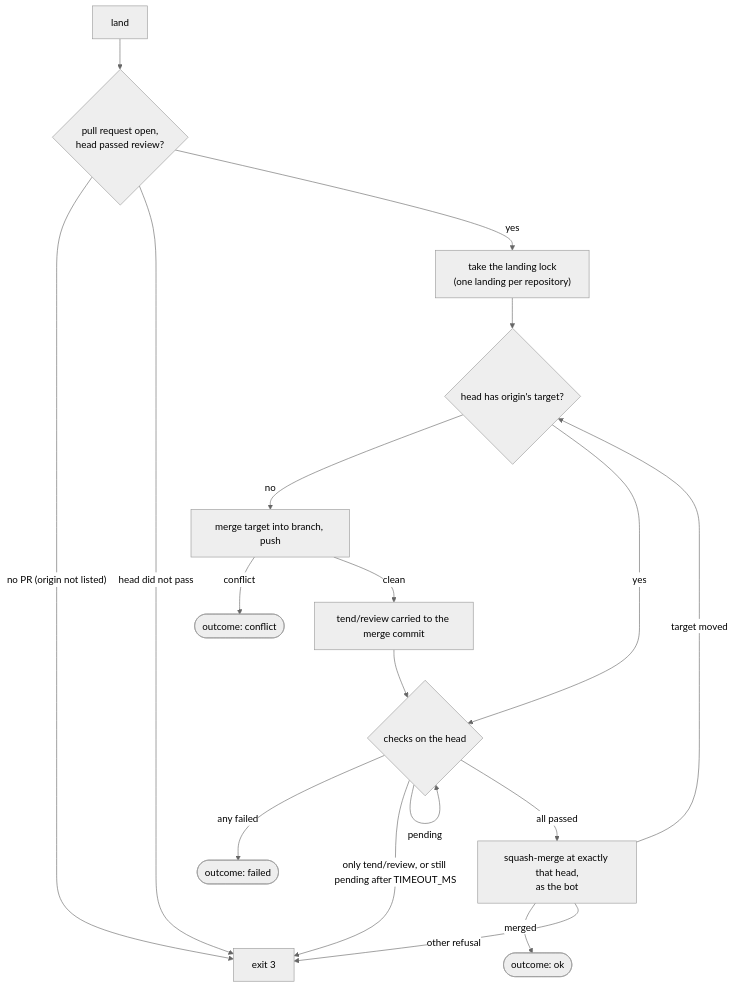
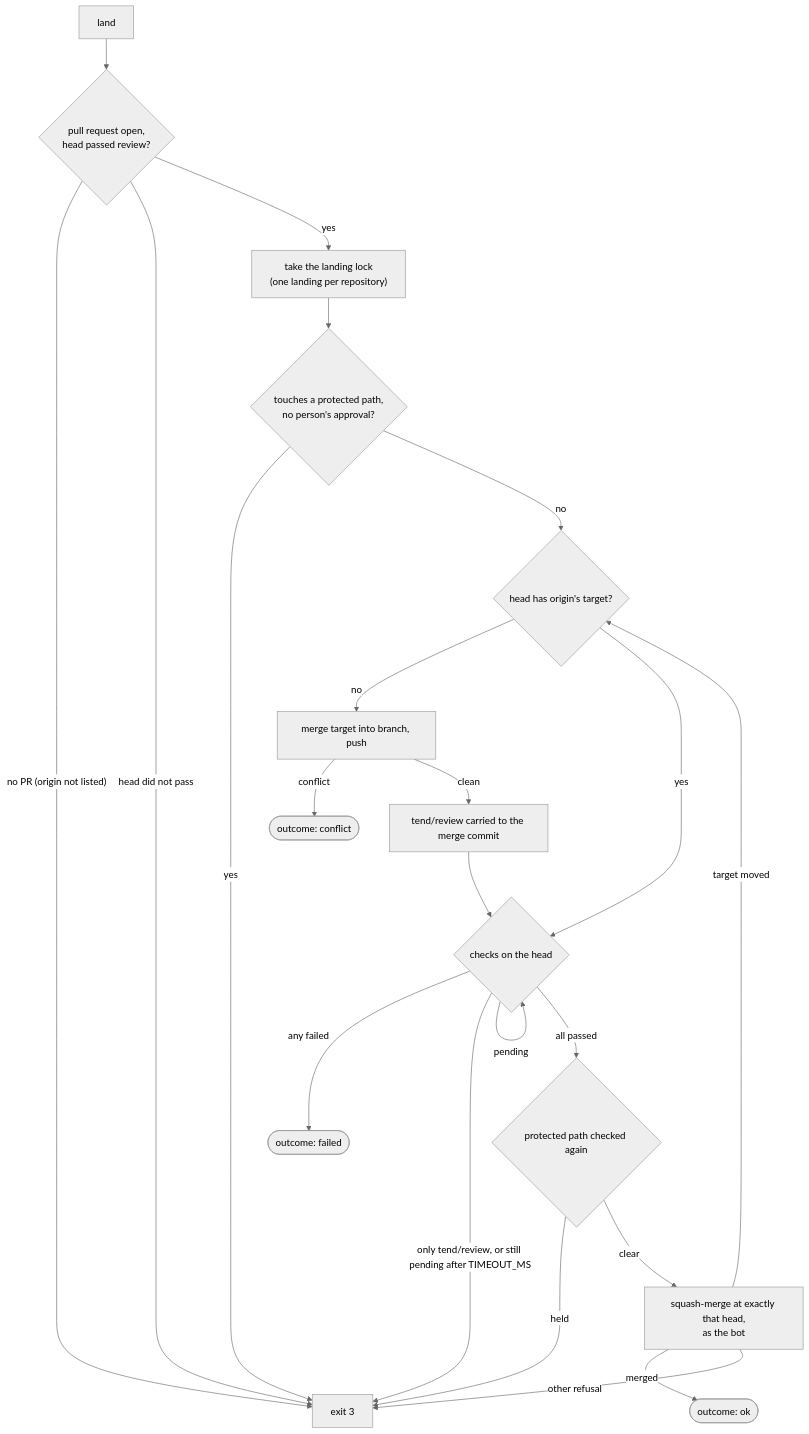
The diagram in guide/concepts/landing.md (mascah/tend), drawn with Mermaid (neutral theme) before and after one commit. The commit also changed other lines of this file and 7 other files, not shown here.

First line of the commit message:
feat: hold at land a head that touches a protected path (T-02)

````diff
--- a/guide/concepts/landing.md
+++ b/guide/concepts/landing.md
@@ -3,20 +3,24 @@
 ```mermaid
 flowchart TD
     S["land"] --> P{"pull request open,<br/>head passed review?"}
     P -- "no PR (origin not listed)" --> N["exit 3"]
     P -- "head did not pass" --> N
     P -- yes --> L["take the landing lock<br/>(one landing per repository)"]
-    L --> M{"head has origin's target?"}
+    L --> H{"touches a protected path,<br/>no person's approval?"}
+    H -- yes --> N
+    H -- no --> M{"head has origin's target?"}
     M -- no --> MG["merge target into branch, push"]
     MG -- conflict --> C(["outcome: conflict"])
     MG -- clean --> CR["tend/review carried to the merge commit"]
     CR --> W
     M -- yes --> W{"checks on the head"}
     W -- "any failed" --> F(["outcome: failed"])
     W -- "pending" --> W
     W -- "only tend/review, or still pending after TIMEOUT_MS" --> N
-    W -- "all passed" --> SQ["squash-merge at exactly that head,<br/>as the bot"]
+    W -- "all passed" --> H2{"protected path checked again"}
+    H2 -- "held" --> N
+    H2 -- "clear" --> SQ["squash-merge at exactly that head,<br/>as the bot"]
     SQ -- "merged" --> OK(["outcome: ok"])
     SQ -- "target moved" --> M
     SQ -- "other refusal" --> N
 ```
````
